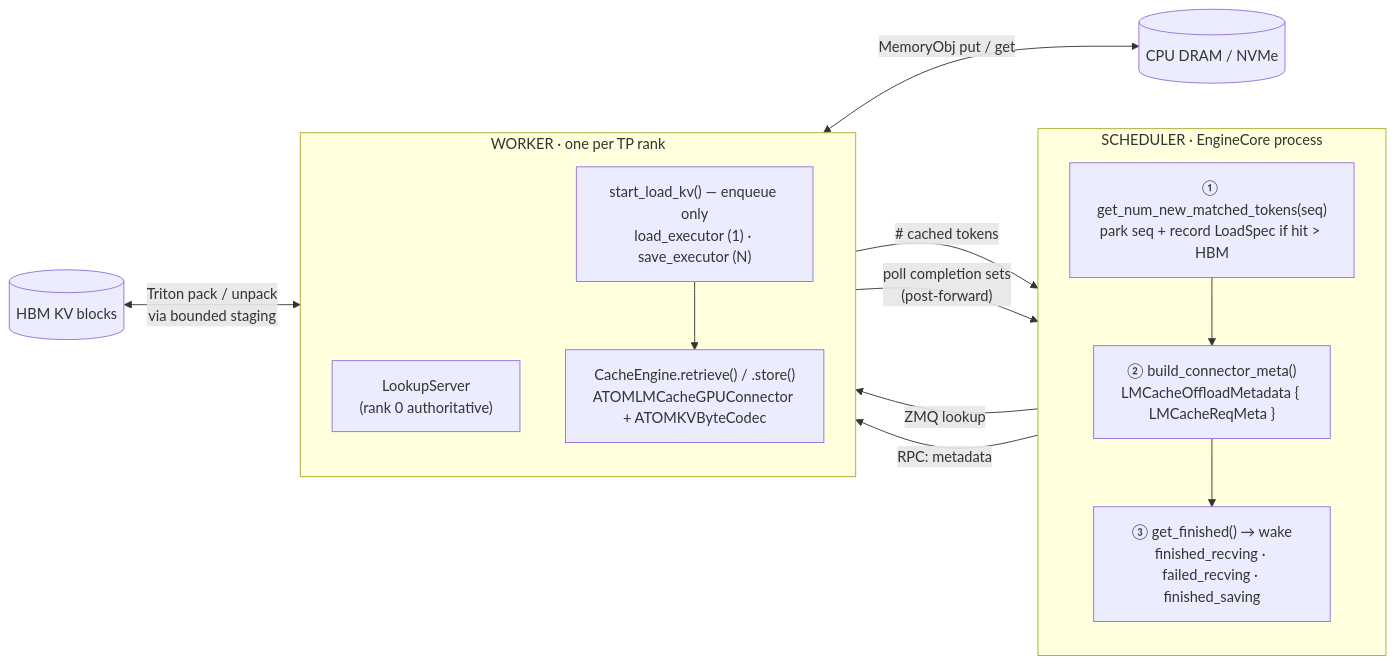
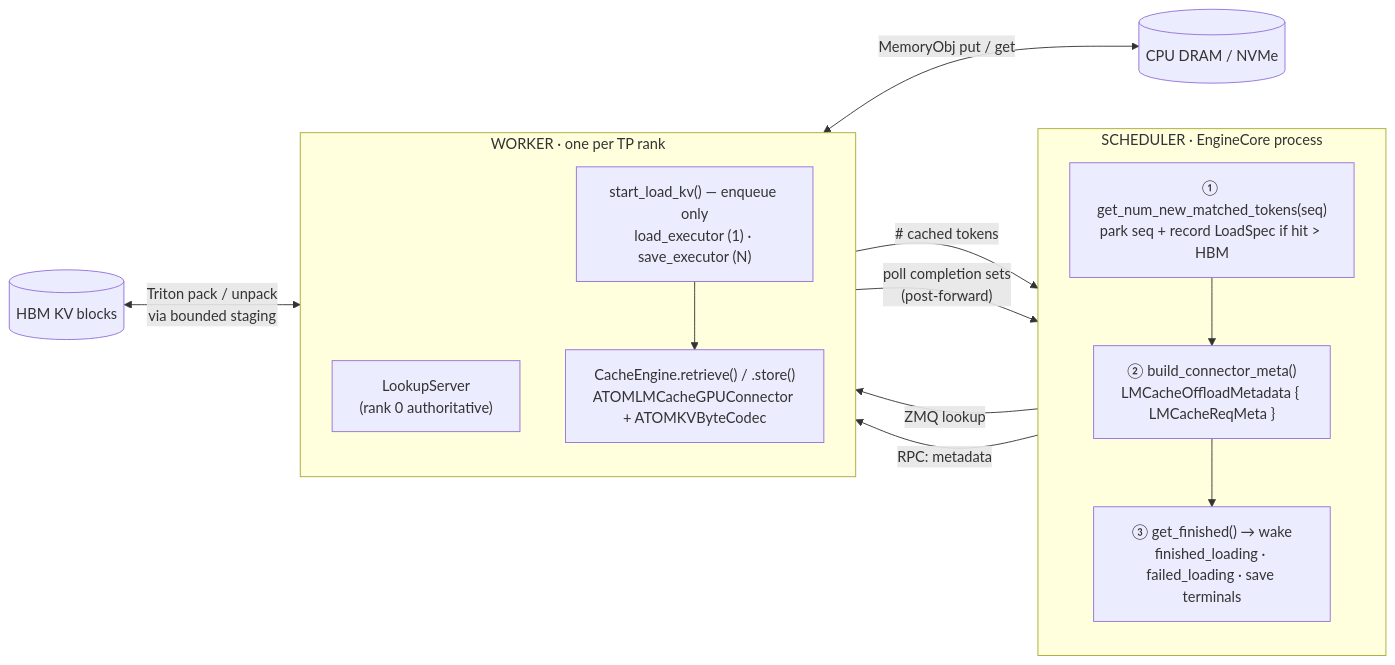
The first of 4 diagrams in atom/kv_transfer/offload/README.md (ROCm/ATOM), drawn with Mermaid before and after one commit. The commit also changed other lines of this file and 33 other files, not shown here.

````diff
--- a/atom/kv_transfer/offload/README.md
+++ b/atom/kv_transfer/offload/README.md
@@ -60,28 +76,28 @@
 ```mermaid
 flowchart LR
     subgraph SCHED["SCHEDULER · EngineCore process"]
         direction TB
         S1["① get_num_new_matched_tokens(seq)<br/>park seq + record LoadSpec if hit &gt; HBM"]
         S2["② build_connector_meta()<br/>LMCacheOffloadMetadata { LMCacheReqMeta }"]
-        S3["③ get_finished() → wake<br/>finished_recving · failed_recving · finished_saving"]
+        S3["③ get_finished() → wake<br/>finished_loading · failed_loading · save terminals"]
         S1 --> S2 --> S3
     end
 
     subgraph WORK["WORKER · one per TP rank"]
         direction TB
         LK["LookupServer<br/>(rank 0 authoritative)"]
         SL["start_load_kv() — enqueue only<br/>load_executor (1) · save_executor (N)"]
         CE["CacheEngine.retrieve() / .store()<br/>ATOMLMCacheGPUConnector + ATOMKVByteCodec"]
         SL --> CE
     end
 
     TIER[("CPU DRAM / NVMe")]
     HBM[("HBM KV blocks")]
 
     S1 -- "ZMQ lookup" --> LK
     LK -- "# cached tokens" --> S1
     S2 -- "RPC: metadata" --> SL
     CE -- "poll completion sets<br/>(post-forward)" --> S3
     HBM <-- "Triton pack / unpack<br/>via bounded staging" --> CE
     CE <-- "MemoryObj put / get" --> TIER
 ```
````
